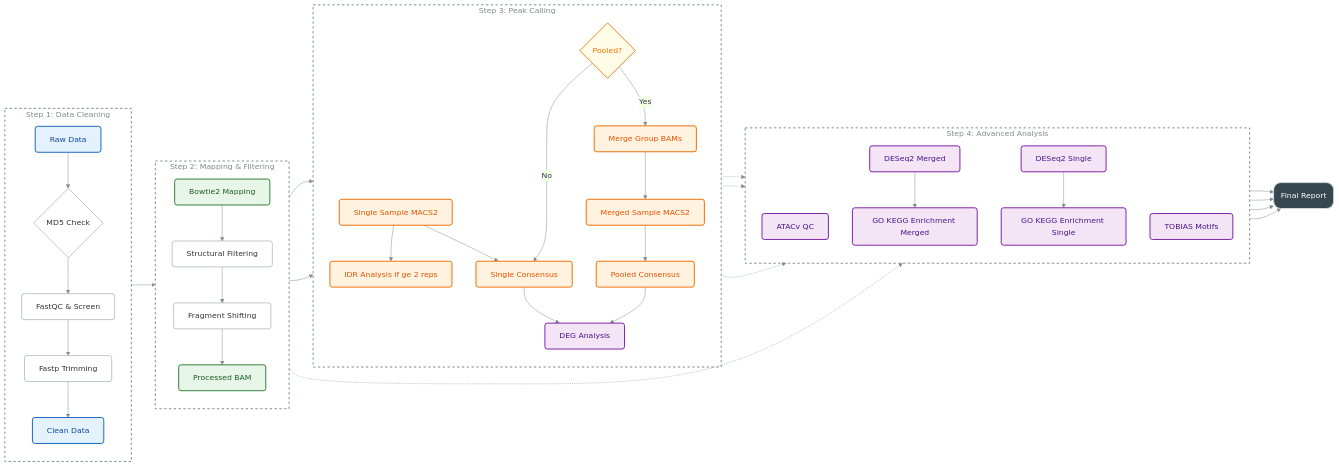
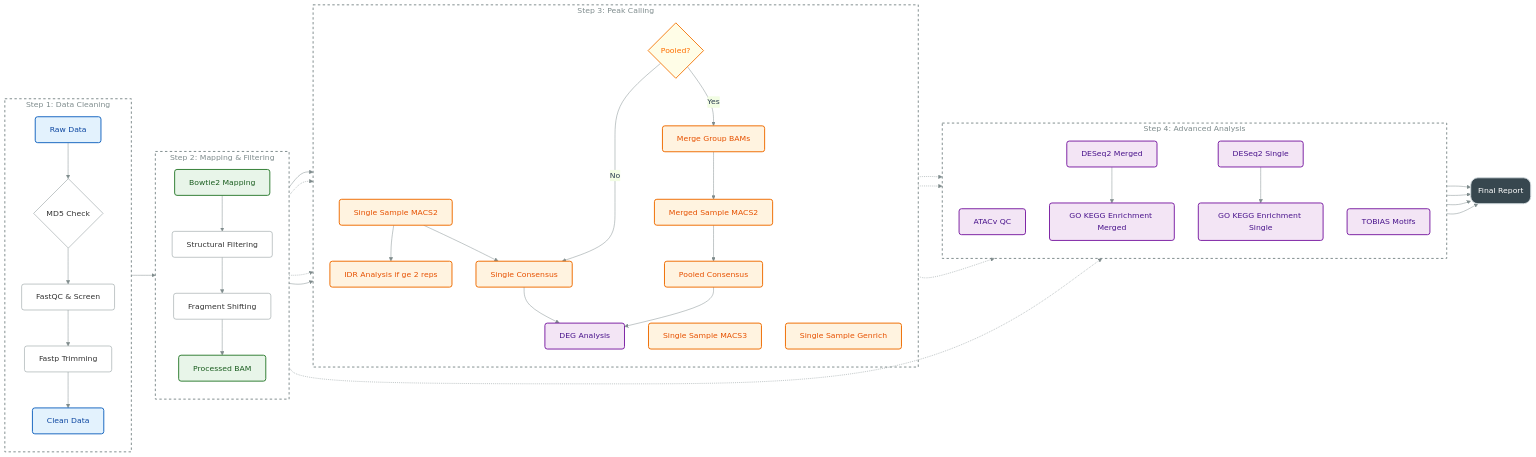
The diagram in README.md (xsx123123/ATACFlow), drawn with Mermaid before and after one commit. The commit also changed other lines of this file, not shown here.

Commit message:
docs: update README with recent features (macs3, genrich, configurable bowtie2/filter)

```diff
--- a/README.md
+++ b/README.md
@@ -101,6 +108,8 @@
     subgraph S3 ["Step 3: Peak Calling"]
         direction TB
         BAM --> SinglePeaks[Single Sample MACS2]:::core
+        BAM -.-> SingleMACS3[Single Sample MACS3]:::core
+        BAM -.-> SingleGenrich[Single Sample Genrich]:::core
         SinglePeaks --> IDRAnalysis[IDR Analysis if ge 2 reps]:::core
         SinglePeaks --> SingleConsensus[Single Consensus]:::core
 
```
